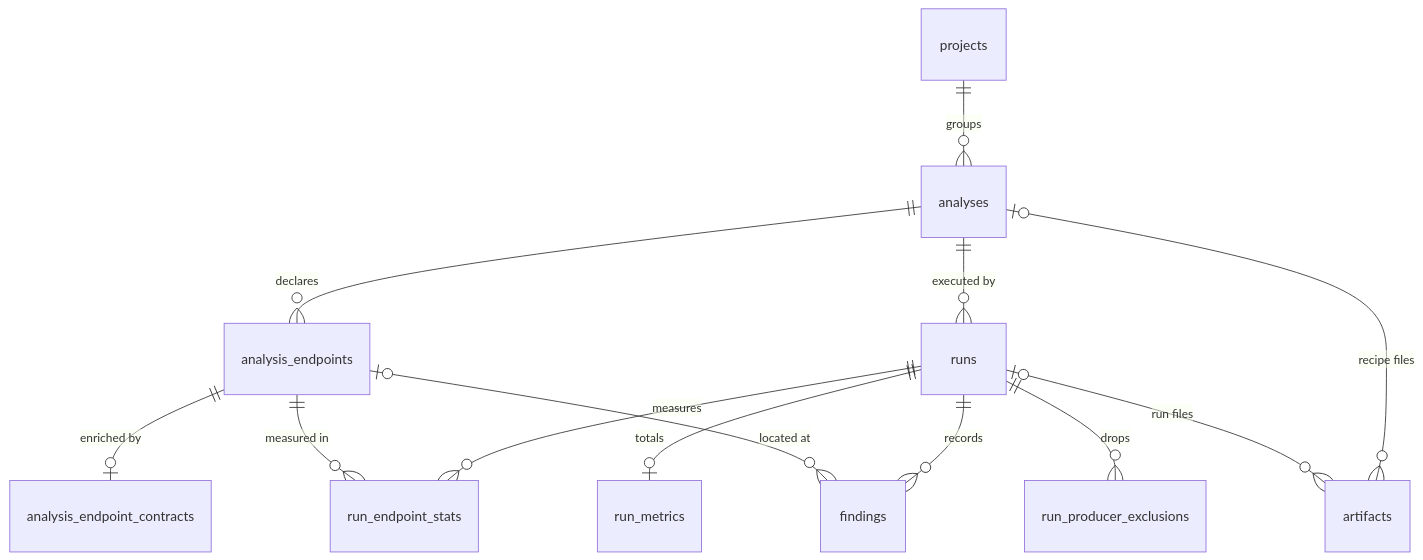
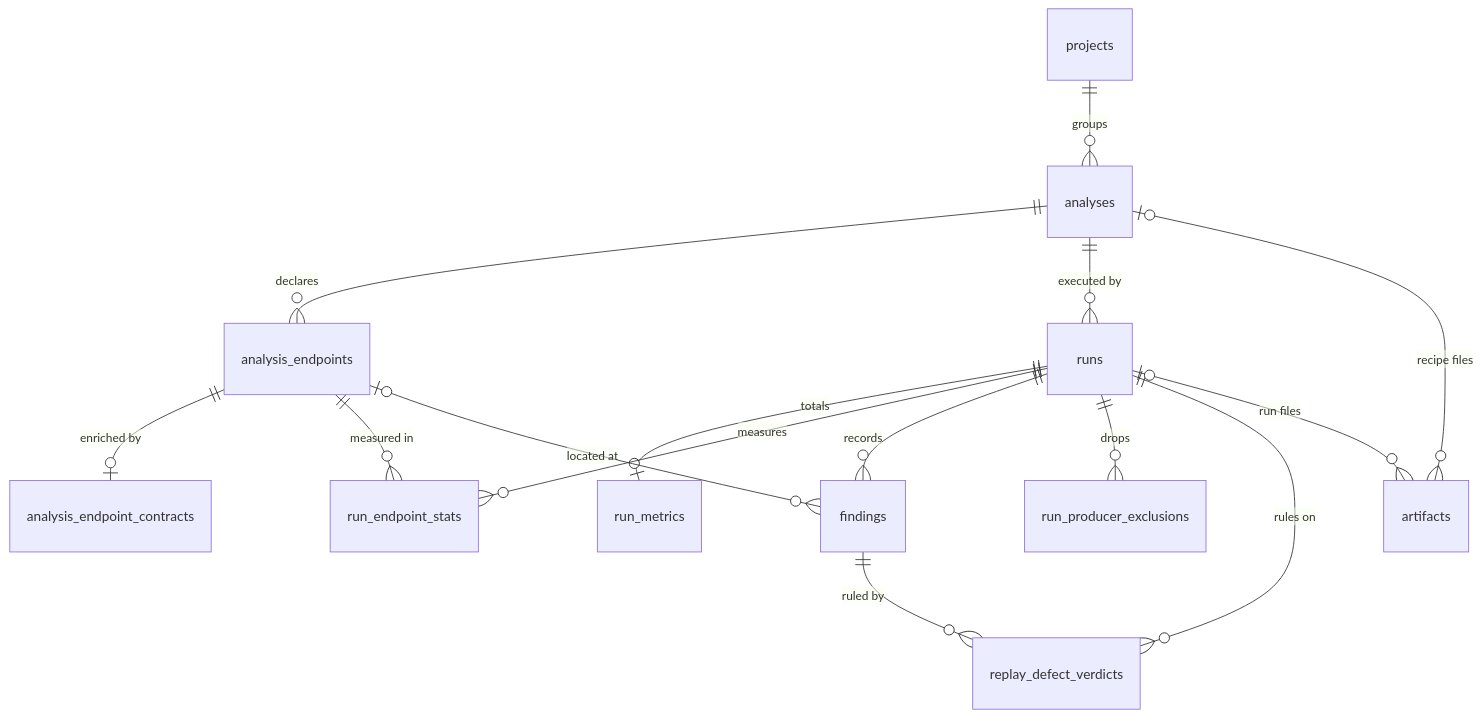
One commit to Spec-Forge-Testing/specforge-docs changed the diagram in docs/modules/storage/data-model.md. Above: the diagram before and after it, drawn with Mermaid. The commit also changed other lines of this file and 3 other files, not shown here.

````diff
--- a/docs/modules/storage/data-model.md
+++ b/docs/modules/storage/data-model.md
@@ -14,15 +14,17 @@
 ```mermaid
 erDiagram
     projects ||--o{ analyses : "groups"
     analyses ||--o{ analysis_endpoints : "declares"
     analysis_endpoints ||--o| analysis_endpoint_contracts : "enriched by"
     analyses ||--o{ runs : "executed by"
     runs ||--o| run_metrics : "totals"
     runs ||--o{ run_endpoint_stats : "measures"
     analysis_endpoints ||--o{ run_endpoint_stats : "measured in"
     runs ||--o{ findings : "records"
     analysis_endpoints |o--o{ findings : "located at"
     runs ||--o{ run_producer_exclusions : "drops"
+    runs ||--o{ replay_defect_verdicts : "rules on"
+    findings ||--o{ replay_defect_verdicts : "ruled by"
     analyses |o--o{ artifacts : "recipe files"
     runs |o--o{ artifacts : "run files"
 ```
````
